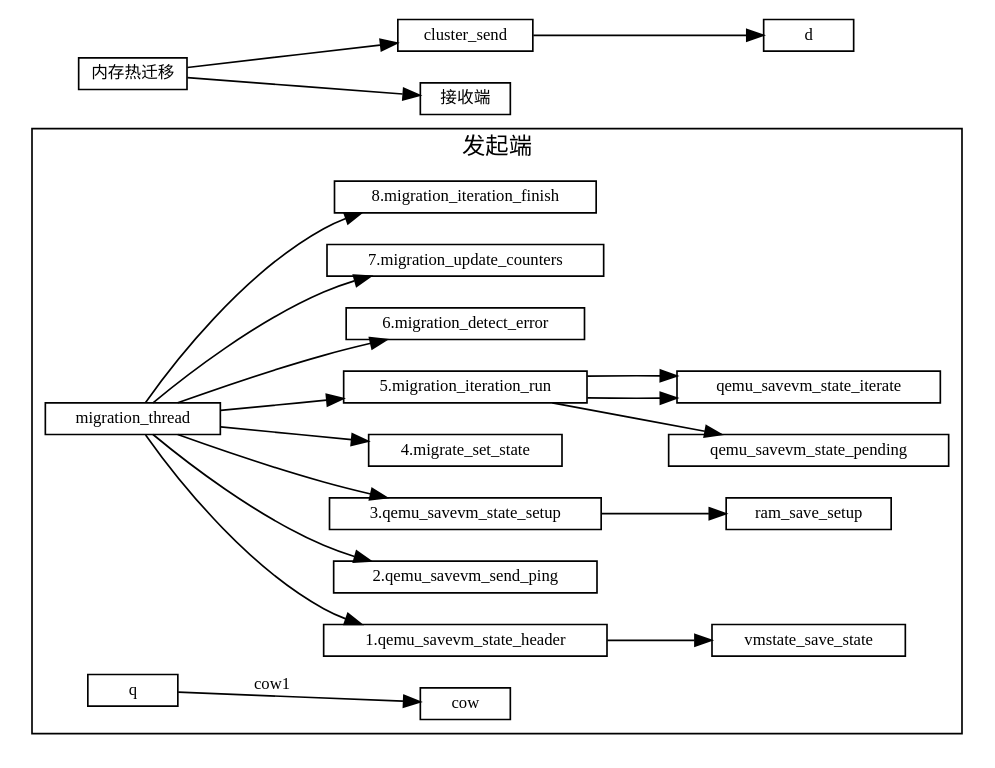
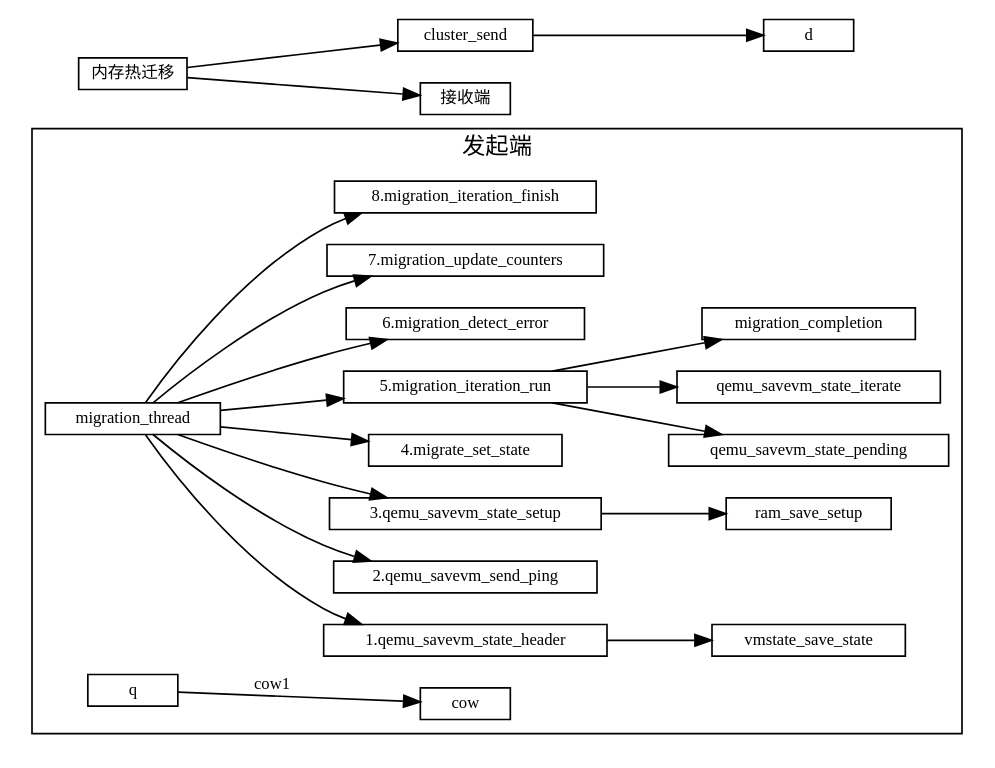
The diagram in 虚拟化/热迁移/1-内存热迁移.md (sisyphus1212/note), drawn with Graphviz before and after one commit.

Commit message:
auto_update

````diff
--- a/虚拟化/热迁移/1-内存热迁移.md
+++ b/虚拟化/热迁移/1-内存热迁移.md
@@ -11,48 +11,48 @@
 ```graphviz
 digraph {
 fontname="Helvetica,Arial,sans-serif"
 //node [fontname="Helvetica,Arial,sans-serif"]
 //edge [fontname="Helvetica,Arial,sans-serif"]
 rankdir="LR"
 node [fontsize=10, shape=record, height=0.25]
 edge [fontsize=10]
   subgraph send {
     cluster=true;
     label="发起端";
     qemu_savevm_state_header[label="1.qemu_savevm_state_header"];
     qemu_savevm_send_ping[label="2.qemu_savevm_send_ping"];
     qemu_savevm_state_setup[label="3.qemu_savevm_state_setup"];
     migrate_set_state[label="4.migrate_set_state"];
     migration_iteration_run[label="5.migration_iteration_run"];
     migration_detect_error[label="6.migration_detect_error"];
     migration_update_counters[label="7.migration_update_counters"];
     migration_iteration_finish[label="8.migration_iteration_finish"];
 
     migration_thread -> qemu_savevm_state_header
                      -> vmstate_save_state;
     migration_thread -> qemu_savevm_send_ping;
     migration_thread -> qemu_savevm_state_setup
                      -> ram_save_setup;
     migration_thread -> migrate_set_state;
     migration_thread ->
          migration_iteration_run->qemu_savevm_state_pending;
          migration_iteration_run->qemu_savevm_state_iterate;
-         migration_iteration_run->qemu_savevm_state_iterate;
+         migration_iteration_run->migration_completion;
 
 
     migration_thread -> migration_detect_error
     migration_thread -> migration_update_counters
     migration_thread -> migration_iteration_finish
 
 
 
     q -> cow[label="cow1"];
   }
 
 内存热迁移 [label="内存热迁移"]
 内存热迁移 -> cluster_send
            -> d
 
 内存热迁移 -> 接收端
 }
 ```
````
